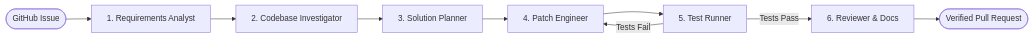
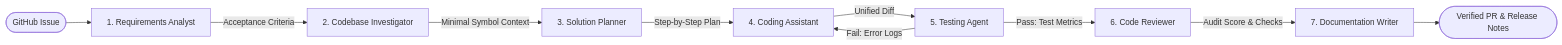
One commit to ynsh-ai/BugBunny changed the second of 2 diagrams in README.md. Above: the diagram before and after it, drawn with Mermaid. The commit also changed other lines of this file and 10 other files, not shown here.

````diff
--- a/README.md
+++ b/README.md
@@ -39,11 +144,12 @@
 ```mermaid
 flowchart LR
-    Issue([GitHub Issue]) --> Analyst[1. Requirements Analyst]
-    Analyst --> Investigator[2. Codebase Investigator]
-    Investigator --> Planner[3. Solution Planner]
-    Planner --> Engineer[4. Patch Engineer]
-    Engineer --> Tester[5. Test Runner]
-    Tester -->|Tests Pass| Reviewer[6. Reviewer & Docs]
-    Tester -->|Tests Fail| Engineer
-    Reviewer --> PR([Verified Pull Request])
+    Issue([GitHub Issue]) --> A1[1. Requirements Analyst]
+    A1 -->|Acceptance Criteria| A2[2. Codebase Investigator]
+    A2 -->|Minimal Symbol Context| A3[3. Solution Planner]
+    A3 -->|Step-by-Step Plan| A4[4. Coding Assistant]
+    A4 -->|Unified Diff| A5[5. Testing Agent]
+    A5 -->|Pass: Test Metrics| A6[6. Code Reviewer]
+    A5 -->|Fail: Error Logs| A4
+    A6 -->|Audit Score & Checks| A7[7. Documentation Writer]
+    A7 --> Output([Verified PR & Release Notes])
 ```
````
